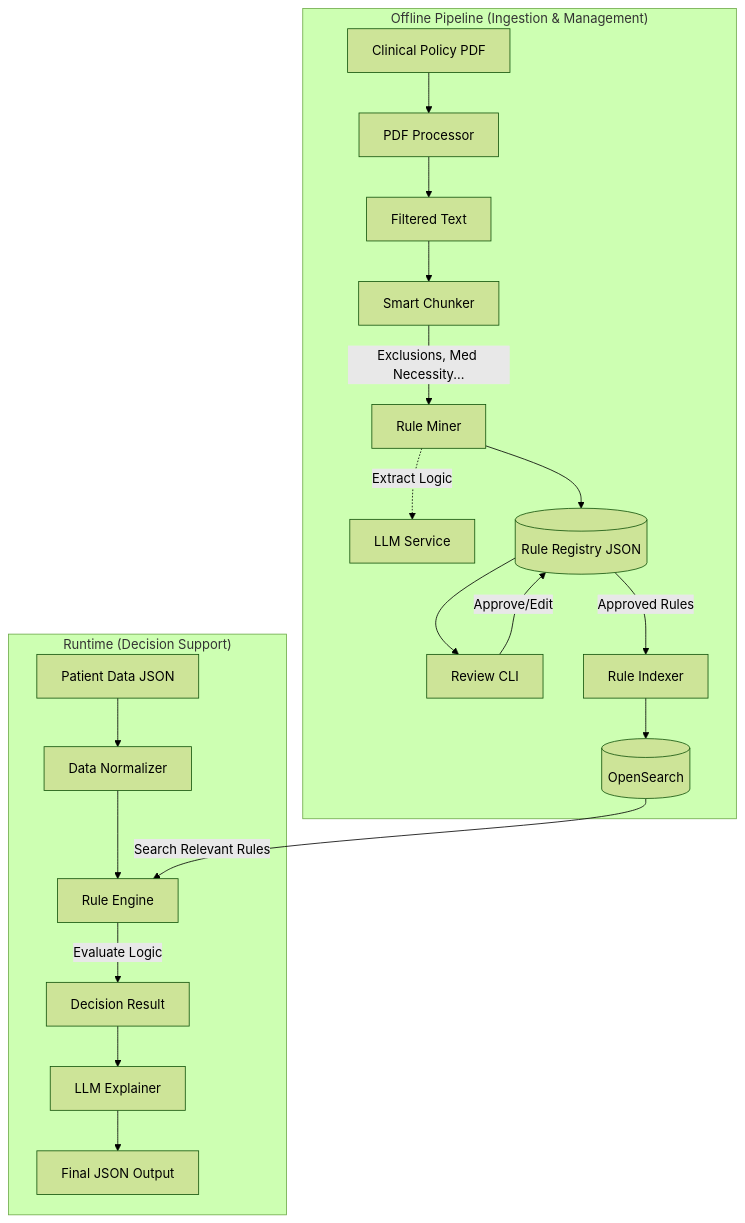
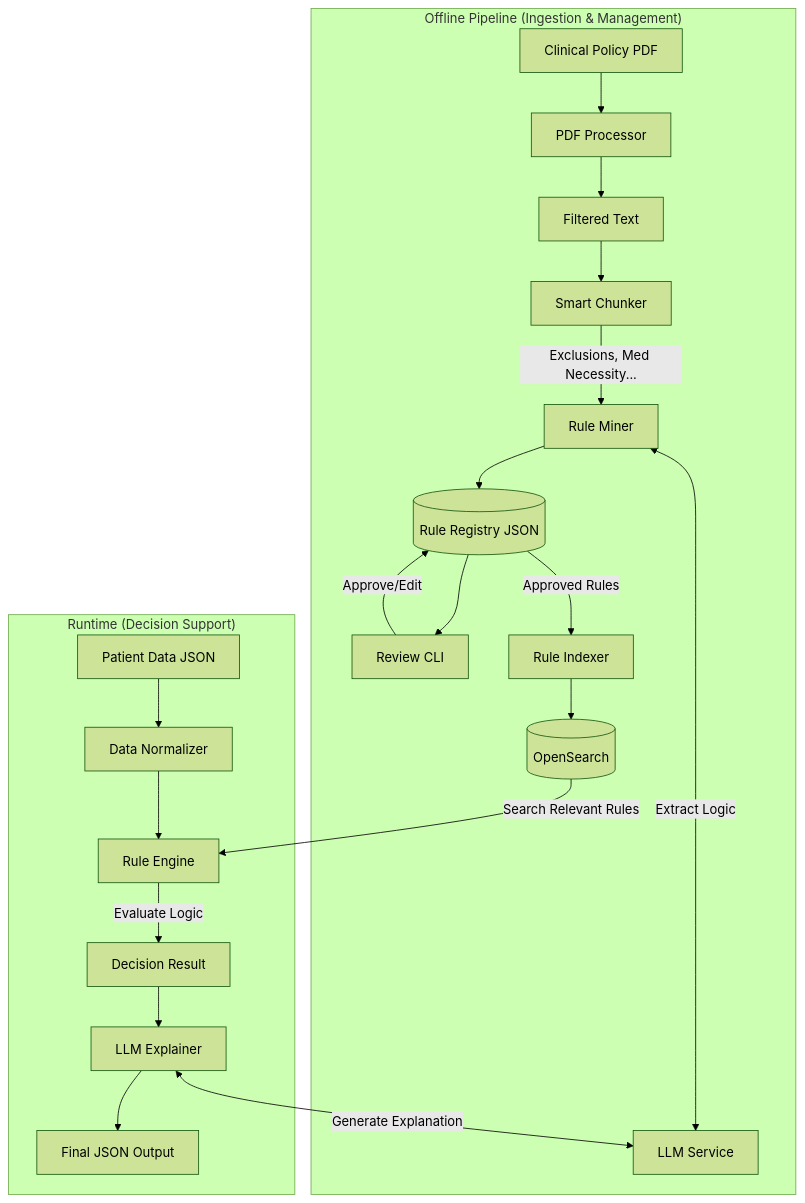
Before and after one commit to kalaivanigunasekaran81/PolicyMatcher_PA: the diagram in system_design.md, drawn with Mermaid (forest theme). The commit also changed other lines of this file and 4 other files, not shown here.

````diff
--- a/system_design.md
+++ b/system_design.md
@@ -7,27 +7,28 @@
 ```mermaid
 graph TD
     subgraph "Offline Pipeline (Ingestion & Management)"
         PDF[Clinical Policy PDF] --> Processor[PDF Processor]
         Processor --> Text[Filtered Text]
         Text --> Chunker[Smart Chunker]
         Chunker -->|Exclusions, Med Necessity...| Mining[Rule Miner]
-        Mining -.->|Extract Logic| LLM[LLM Service]
+        Mining <-->|Extract Logic| LLM[LLM Service]
         Mining --> RegistryDB[(Rule Registry JSON)]
         
         RegistryDB --> ReviewCLI[Review CLI]
         ReviewCLI -->|Approve/Edit| RegistryDB
         
         RegistryDB -->|Approved Rules| Indexer[Rule Indexer]
         Indexer --> VectorDB[(OpenSearch)]
     end
 
     subgraph "Runtime (Decision Support)"
         Patient[Patient Data JSON] --> Normalizer[Data Normalizer]
         Normalizer --> Engine[Rule Engine]
         
         VectorDB -->|Search Relevant Rules| Engine
         Engine -->|Evaluate Logic| Decision[Decision Result]
         Decision --> Explainer[LLM Explainer]
+        Explainer <-->|Generate Explanation| LLM
         Explainer --> FinalResponse[Final JSON Output]
     end
 ```
````
